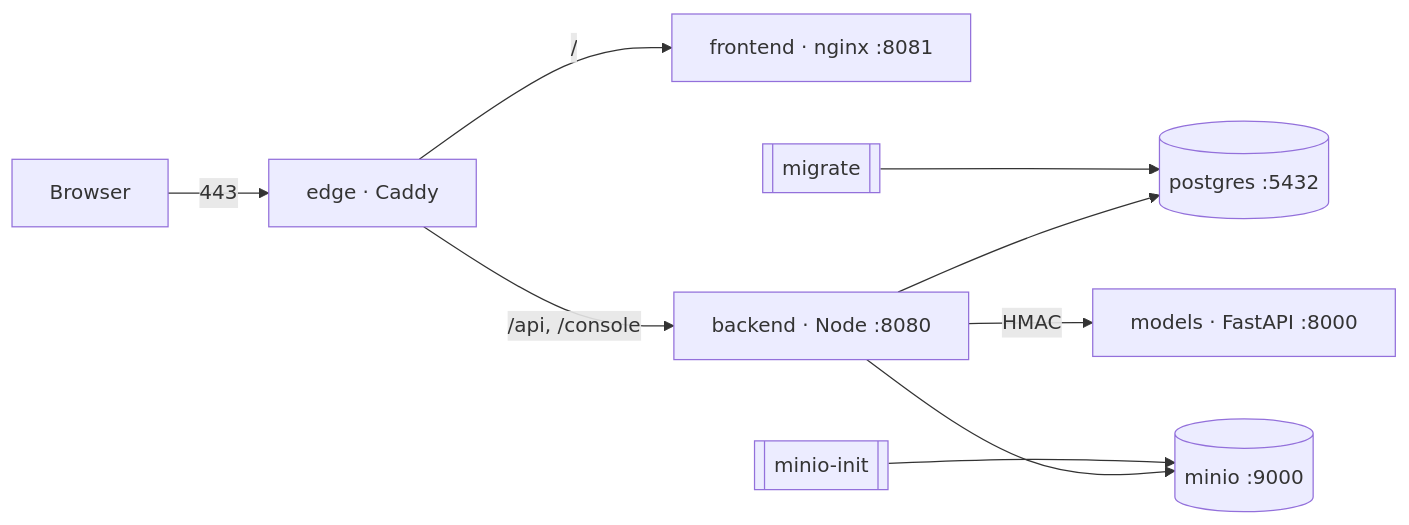
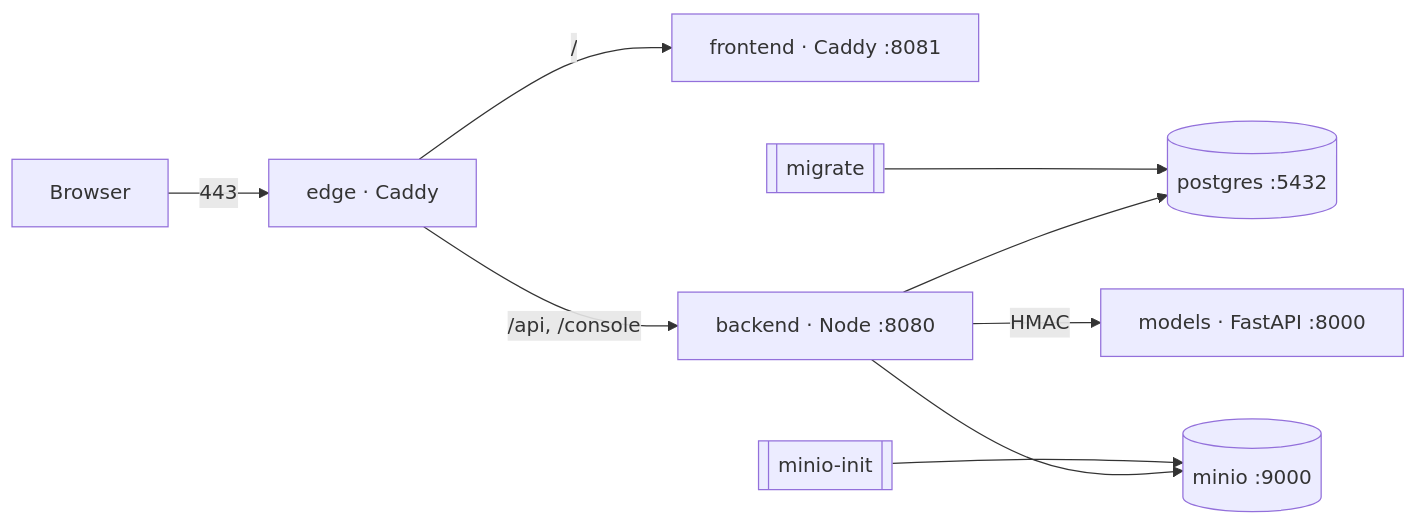
The diagram in docs/operations/deployment.md (abongwacelestin-jasper/DEVhQQ), drawn with Mermaid before and after one commit. The commit also changed 16 other files, not shown here.

````diff
--- a/docs/operations/deployment.md
+++ b/docs/operations/deployment.md
@@ -17,11 +17,11 @@
 ```mermaid
 flowchart LR
   U[Browser] -->|443| EDGE["edge · Caddy"]
-  EDGE -->|"/"| FE["frontend · nginx :8081"]
+  EDGE -->|"/"| FE["frontend · Caddy :8081"]
   EDGE -->|"/api, /console"| BE["backend · Node :8080"]
   BE --> PG[("postgres :5432")]
   BE --> S3[("minio :9000")]
   BE -->|HMAC| ML["models · FastAPI :8000"]
   MIG[[migrate]] --> PG
   INIT[[minio-init]] --> S3
 ```
````
